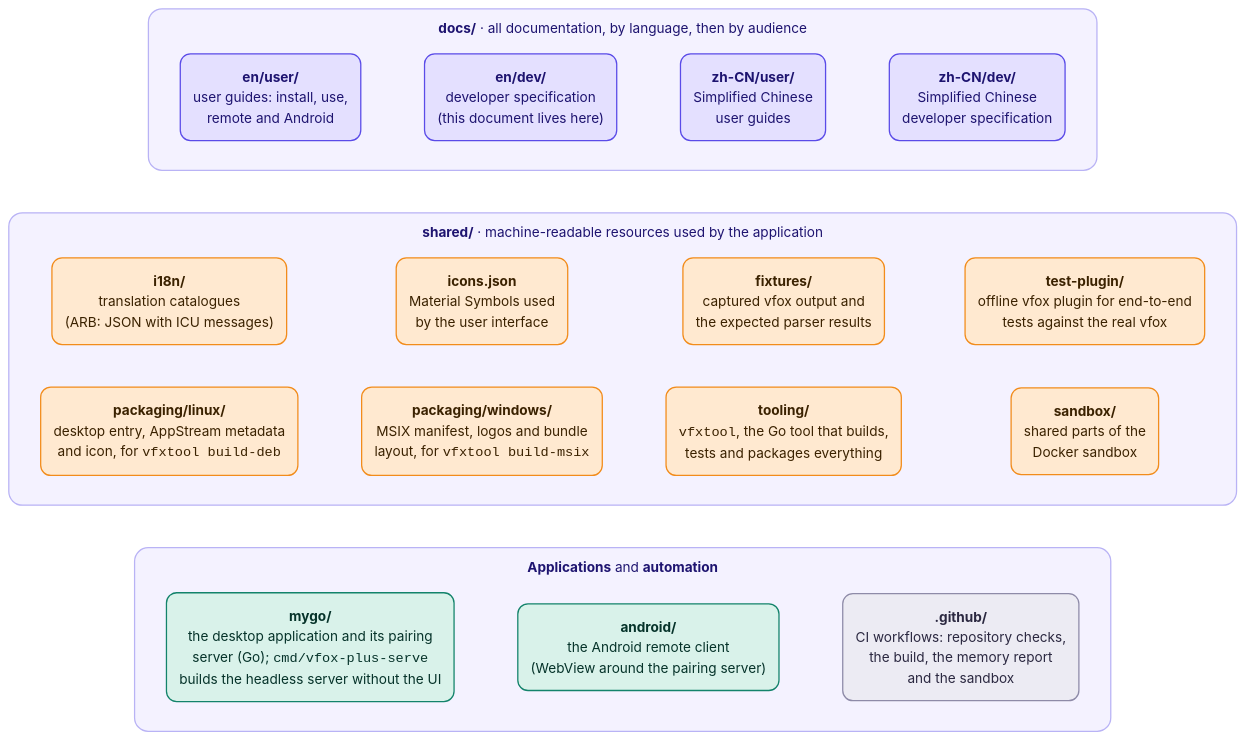
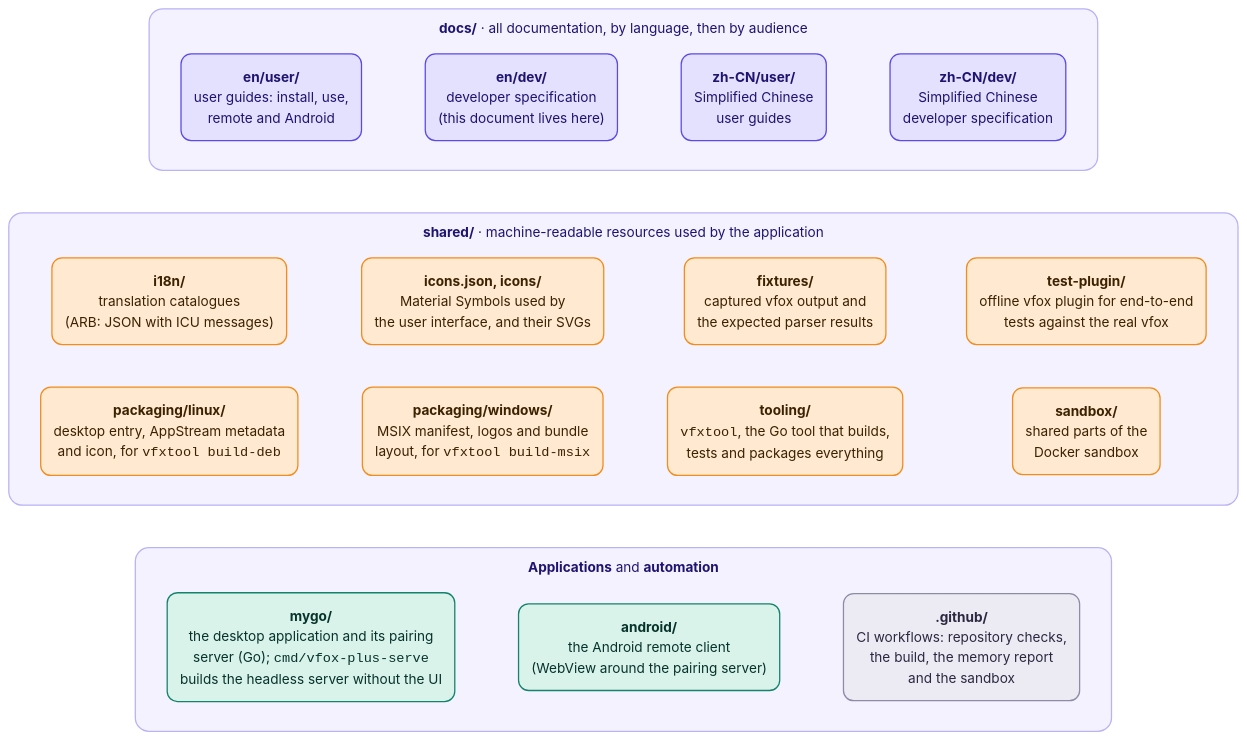
Before and after one commit to version-fox/vfox-plus: the first of 3 diagrams in docs/en/dev/architecture.md, drawn with Mermaid. The commit also changed other lines of this file and 167 other files, not shown here.

````diff
--- a/docs/en/dev/architecture.md
+++ b/docs/en/dev/architecture.md
@@ -14,51 +14,51 @@
 ```mermaid
 ---
 config:
   theme: base
   themeVariables:
     fontFamily: "system-ui, -apple-system, 'Segoe UI', 'Noto Sans', 'Noto Sans CJK SC', 'PingFang SC', 'Microsoft YaHei', sans-serif"
     lineColor: "#7C79A8"
     primaryColor: "#FFE9D0"
     primaryBorderColor: "#F28C1B"
     primaryTextColor: "#3B2200"
     clusterBkg: "#F4F2FF"
     clusterBorder: "#B9B3F5"
     titleColor: "#1E1470"
     edgeLabelBackground: "#FFFFFF"
   flowchart:
     curve: basis
     wrappingWidth: 320
     subGraphTitleMargin:
       top: 10
       bottom: 8
 ---
 flowchart TB
     accTitle: Repository layout
     accDescr: docs holds the documentation, shared the resources used by the application, mygo and android the applications, and .github the CI workflows.
     subgraph docs["<b>docs/</b> · all documentation, by language, then by audience"]
         direction LR
         d1("<b>en/user/</b><br/>user guides: install, use,<br/>remote and Android") ~~~ d2("<b>en/dev/</b><br/>developer specification<br/>(this document lives here)") ~~~ d3("<b>zh-CN/user/</b><br/>Simplified Chinese<br/>user guides") ~~~ d4("<b>zh-CN/dev/</b><br/>Simplified Chinese<br/>developer specification")
     end
     subgraph shared["<b>shared/</b> · machine-readable resources used by the application"]
         direction LR
-        s1("<b>i18n/</b><br/>translation catalogues<br/>(ARB: JSON with ICU messages)") ~~~ s2("<b>icons.json</b><br/>Material Symbols used<br/>by the user interface") ~~~ s3("<b>fixtures/</b><br/>captured vfox output and<br/>the expected parser results") ~~~ s4("<b>test-plugin/</b><br/>offline vfox plugin for end-to-end<br/>tests against the real vfox")
+        s1("<b>i18n/</b><br/>translation catalogues<br/>(ARB: JSON with ICU messages)") ~~~ s2("<b>icons.json, icons/</b><br/>Material Symbols used by<br/>the user interface, and their SVGs") ~~~ s3("<b>fixtures/</b><br/>captured vfox output and<br/>the expected parser results") ~~~ s4("<b>test-plugin/</b><br/>offline vfox plugin for end-to-end<br/>tests against the real vfox")
         s5("<b>packaging/linux/</b><br/>desktop entry, AppStream metadata<br/>and icon, for <code>vfxtool build-deb</code>") ~~~ s6("<b>packaging/windows/</b><br/>MSIX manifest, logos and bundle<br/>layout, for <code>vfxtool build-msix</code>") ~~~ s7("<b>tooling/</b><br/><code>vfxtool</code>, the Go tool that builds,<br/>tests and packages everything") ~~~ s8("<b>sandbox/</b><br/>shared parts of the<br/>Docker sandbox")
     end
     subgraph code["<b>Applications</b> and <b>automation</b>"]
         direction LR
         m("<b>mygo/</b><br/>the desktop application and its pairing<br/>server (Go); <code>cmd/vfox-plus-serve</code><br/>builds the headless server without the UI") ~~~ a("<b>android/</b><br/>the Android remote client<br/>(WebView around the pairing server)") ~~~ g("<b>.github/</b><br/>CI workflows: repository checks,<br/>the build, the memory report<br/>and the sandbox")
     end
     docs ~~~ shared ~~~ code
 
     classDef docs fill:#E4E0FF,stroke:#5A4BE8,color:#1E1470,stroke-width:1.5px,rx:12,ry:12
     classDef shared fill:#FFE9D0,stroke:#F28C1B,color:#3B2200,stroke-width:1.5px,rx:12,ry:12
     classDef app fill:#D9F2EA,stroke:#13836B,color:#06332A,stroke-width:1.5px,rx:12,ry:12
     classDef ci fill:#ECEBF3,stroke:#8E8BA8,color:#2B2840,stroke-width:1.5px,rx:12,ry:12
     class d1,d2,d3,d4 docs
     class s1,s2,s3,s4,s5,s6,s7,s8 shared
     class m,a app
     class g ci
     style docs fill:#F4F2FF,stroke:#B9B3F5,stroke-width:1.5px,rx:16,ry:16
     style shared fill:#F4F2FF,stroke:#B9B3F5,stroke-width:1.5px,rx:16,ry:16
     style code fill:#F4F2FF,stroke:#B9B3F5,stroke-width:1.5px,rx:16,ry:16
 ```
````
